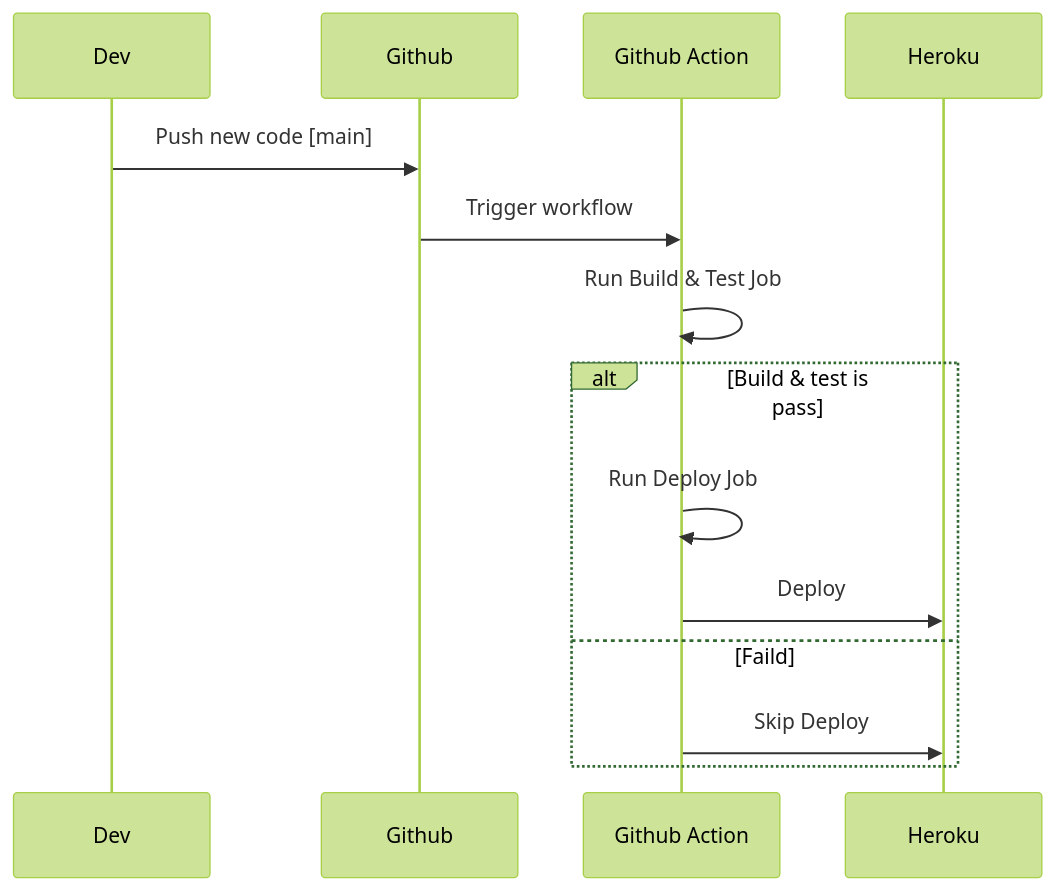
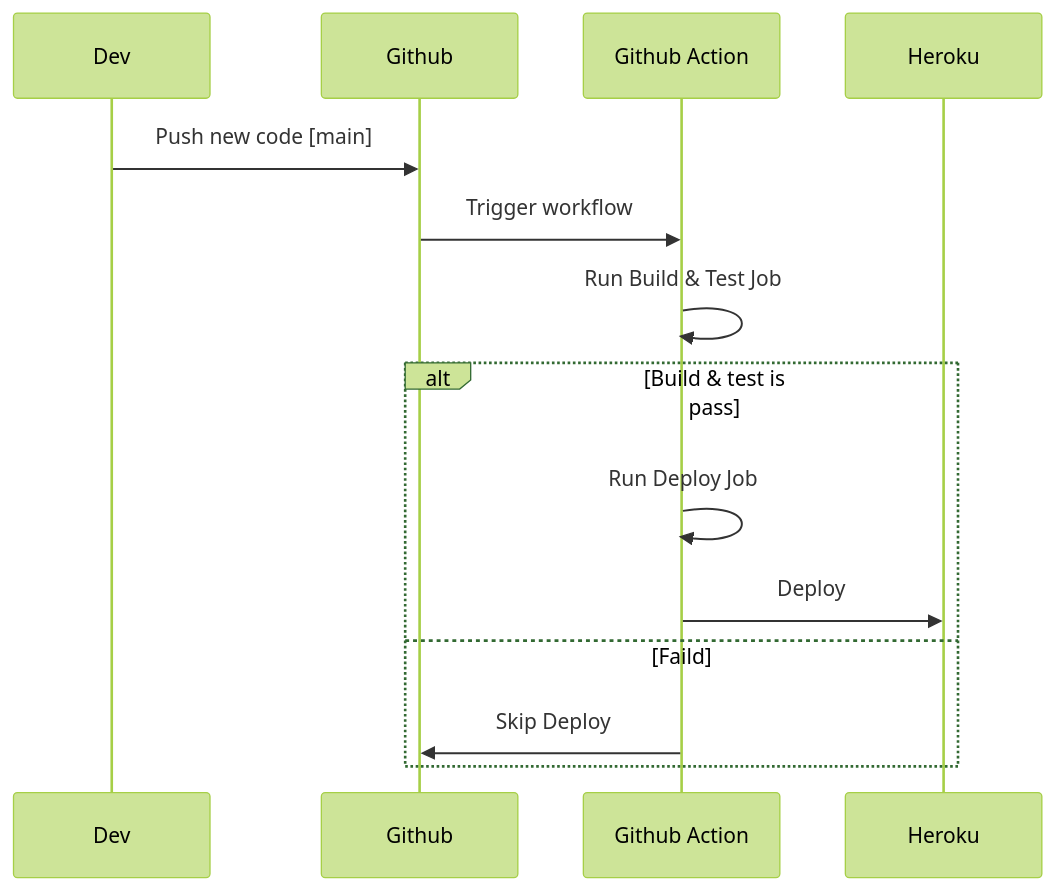
One commit to Learning-hands-on-repository/github_action_101 changed the first of 2 diagrams in README.md. Above: the diagram before and after it, drawn with Mermaid (forest theme). The commit also changed other lines of this file, not shown here.

````diff
--- a/README.md
+++ b/README.md
@@ -5,12 +5,12 @@
 ```mermaid
 sequenceDiagram
     Dev->>Github: Push new code [main]
     Github->>Github Action: Trigger workflow
     Github Action->>Github Action: Run Build & Test Job
     alt Build & test is pass
         Github Action->>Github Action: Run Deploy Job
         Github Action->>Heroku: Deploy
     else Faild
-        Github Action->>Heroku: Skip Deploy
+        Github Action->>Github: Skip Deploy
     end
 ```
````
